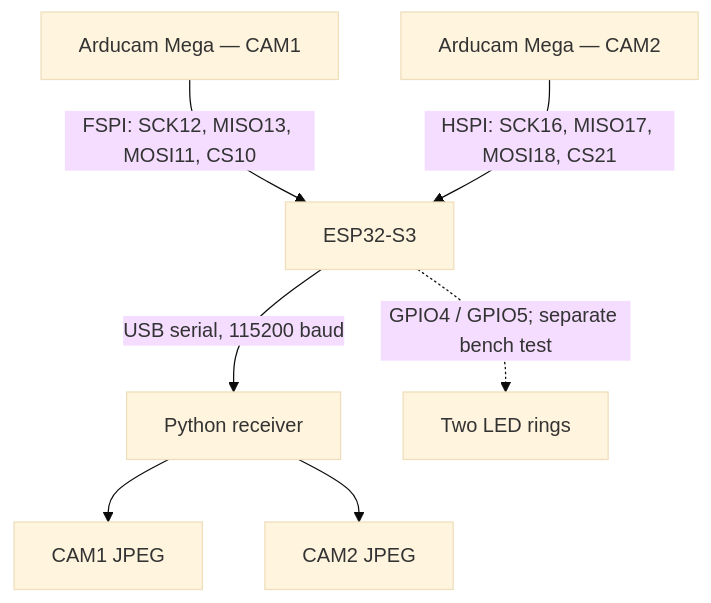
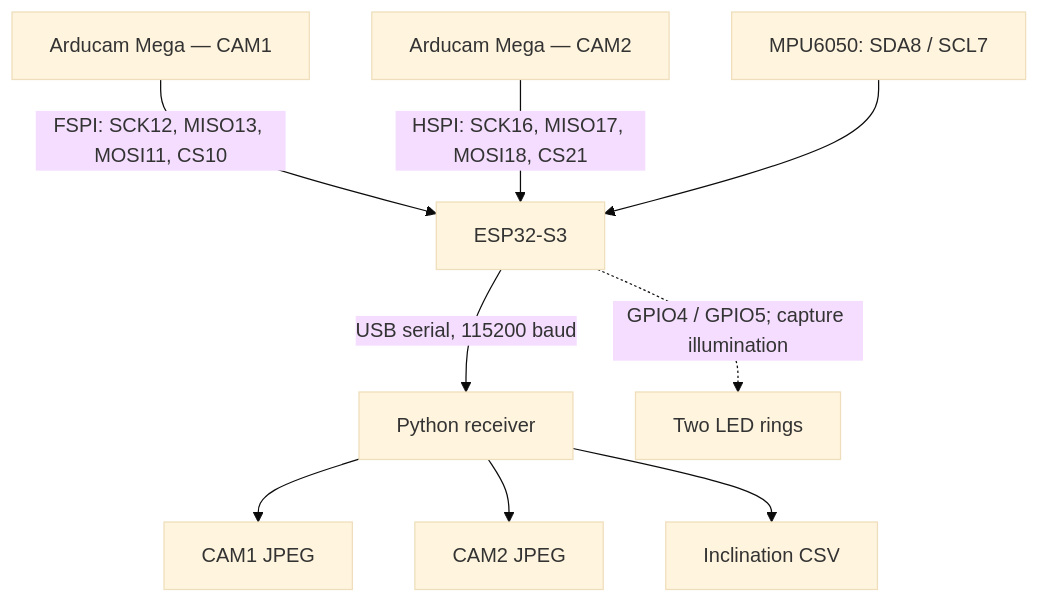
Before and after one commit to Joseph-Lombardi/ESP32-S3-Dual-Camera-System: the diagram in README.md, drawn with Mermaid (base theme). The commit also changed other lines of this file and 11 other files, not shown here.

Commit message:
Update acquisition with dual cameras, LED rings, MPU6050 and CSV logging

````diff
--- a/README.md
+++ b/README.md
@@ -31,9 +33,11 @@
 ```mermaid
 flowchart TD
     C1["Arducam Mega — CAM1"] -->|"FSPI: SCK12, MISO13, MOSI11, CS10"| MCU["ESP32-S3"]
     C2["Arducam Mega — CAM2"] -->|"HSPI: SCK16, MISO17, MOSI18, CS21"| MCU
     MCU -->|"USB serial, 115200 baud"| PC["Python receiver"]
     PC --> J1["CAM1 JPEG"]
     PC --> J2["CAM2 JPEG"]
-    MCU -.->|"GPIO4 / GPIO5; separate bench test"| LED["Two LED rings"]
+    IMU["MPU6050: SDA8 / SCL7"] --> MCU
+    PC --> CSV["Inclination CSV"]
+    MCU -.->|"GPIO4 / GPIO5; capture illumination"| LED["Two LED rings"]
 ```
````
